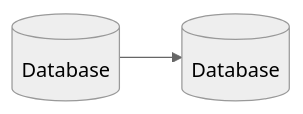
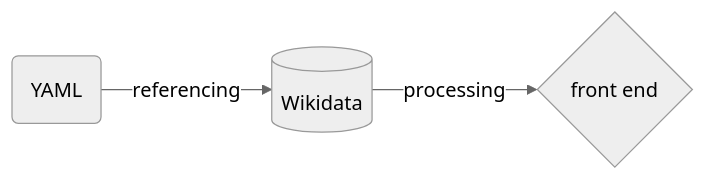
Before and after one commit to FuReSH/pandoc-slides: the diagram in _input/test.md, drawn with Mermaid (neutral theme).

Commit message:
expanded Mermaid code sample

````diff
--- a/_input/test.md
+++ b/_input/test.md
@@ -92,4 +92,4 @@
 ```mermaid
 flowchart LR
-    id1[(Database)] --> id2[(Database)]
+    id4(YAML) -- referencing --> id1[(Wikidata)] -- processing --> id2{front end}
 ```
````
